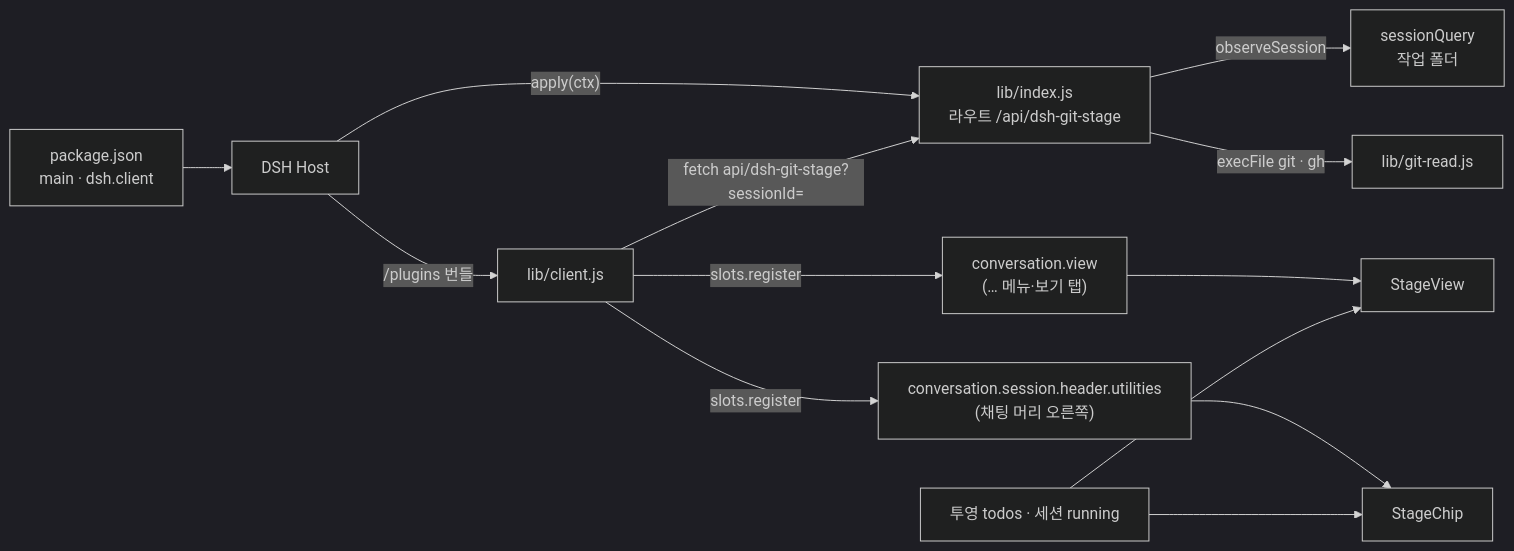
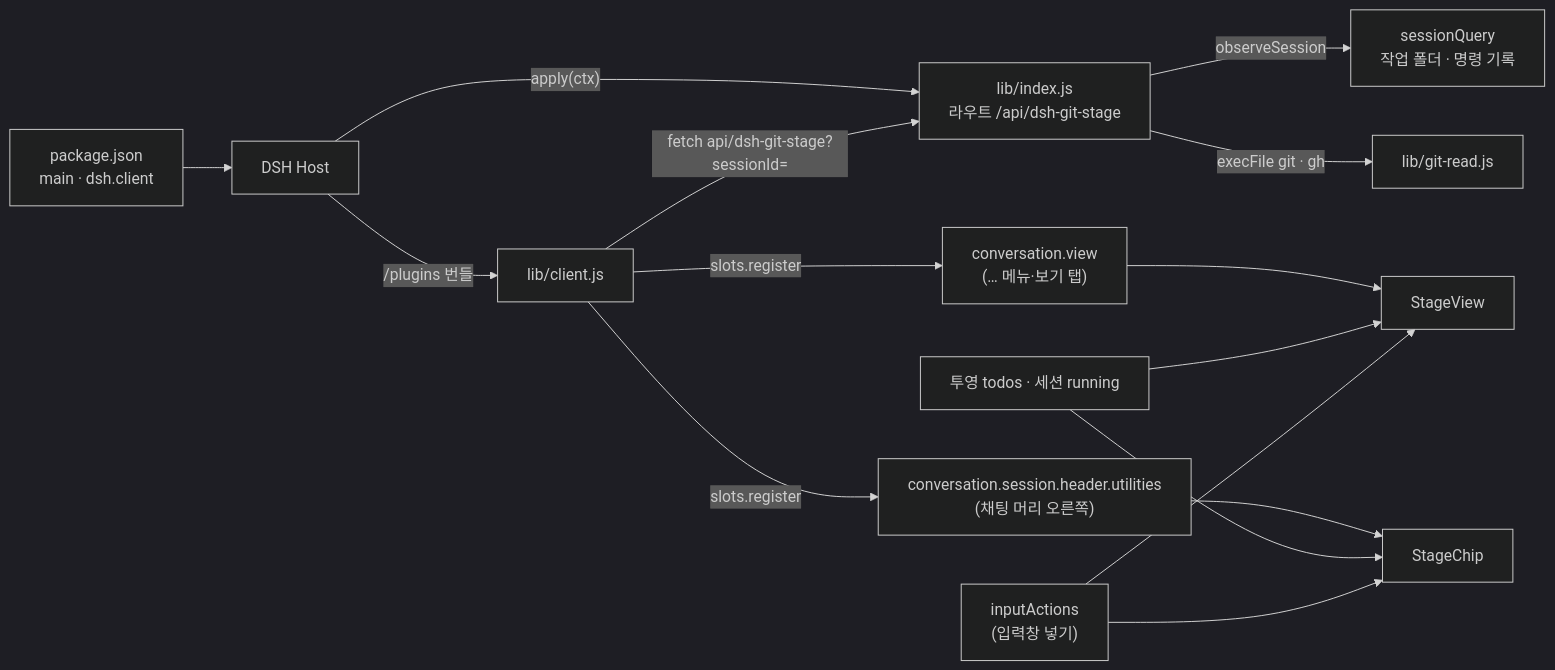
Before and after one commit to LYNGMN/dsh-korean: the first of 2 diagrams in plugins/git-stage/docs/architecture.md, drawn with Mermaid (dark theme). The commit also changed other lines of this file and 37 other files, not shown here.

````diff
--- a/plugins/git-stage/docs/architecture.md
+++ b/plugins/git-stage/docs/architecture.md
@@ -5,15 +5,17 @@
 ```mermaid
 flowchart LR
   Pkg["package.json<br/>main · dsh.client"] --> Host["DSH Host"]
   Host -- "apply(ctx)" --> Server["lib/index.js<br/>라우트 /api/dsh-git-stage"]
-  Server -- "observeSession" --> SQ["sessionQuery<br/>작업 폴더"]
+  Server -- "observeSession" --> SQ["sessionQuery<br/>작업 폴더 · 명령 기록"]
   Server -- "execFile git · gh" --> Git["lib/git-read.js"]
   Host -- "/plugins 번들" --> Bundle["lib/client.js"]
   Bundle -- "fetch api/dsh-git-stage?sessionId=" --> Server
   Bundle -- "slots.register" --> Slot["conversation.view<br/>(… 메뉴·보기 탭)"]
   Bundle -- "slots.register" --> Head["conversation.session.header.utilities<br/>(채팅 머리 오른쪽)"]
   Slot --> View["StageView"]
   Head --> Chip["StageChip"]
   Proj["투영 todos · 세션 running"] --> View
   Proj --> Chip
+  Input["inputActions<br/>(입력창 넣기)"] --> View
+  Input --> Chip
 ```
````
